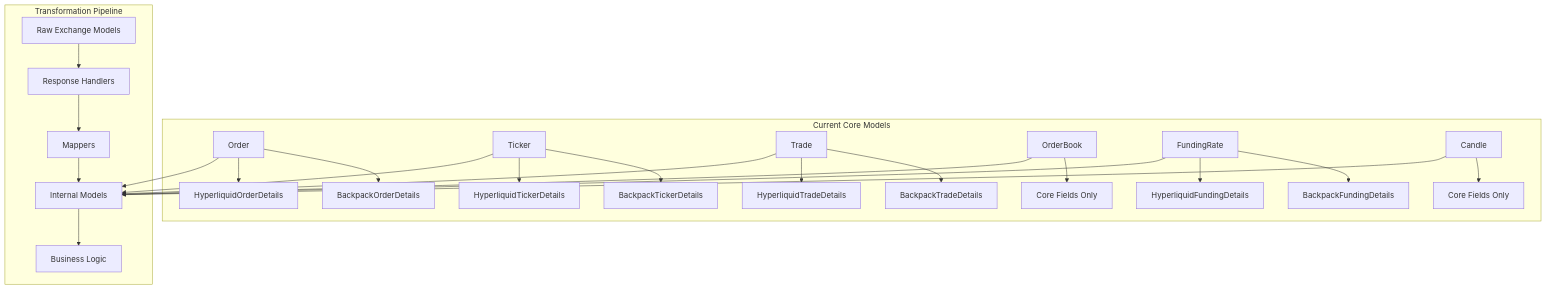
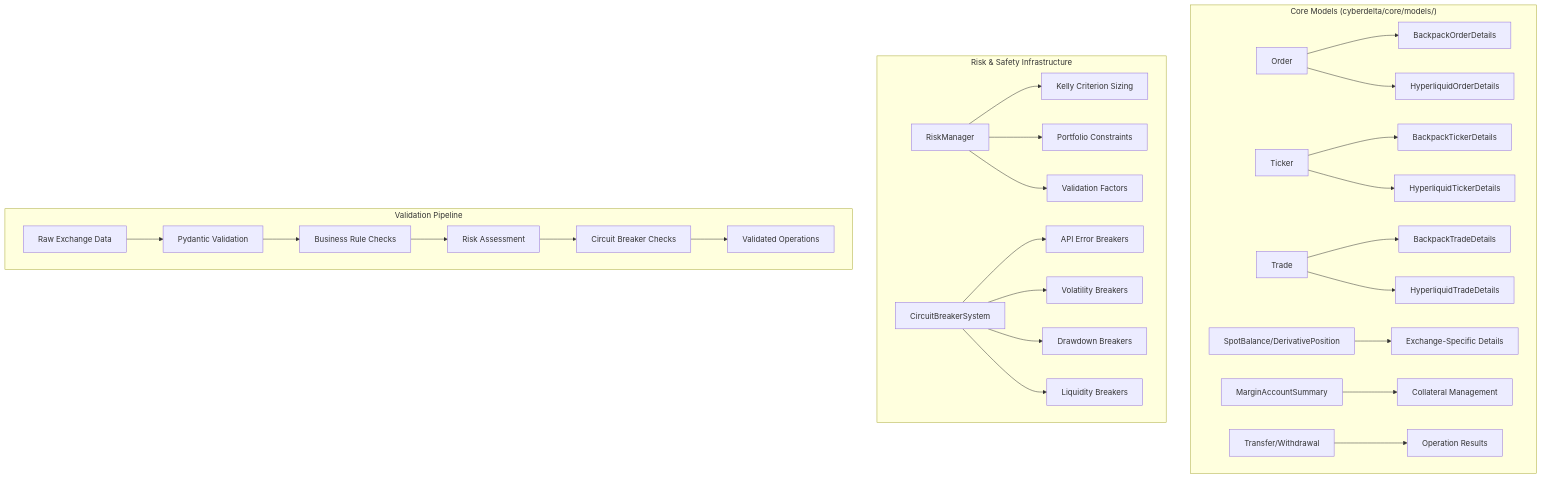
The first of 11 diagrams in workflow/business_logic/internal_models.md (plataplomo/hummingbot), drawn with Mermaid before and after one commit. The commit also changed other lines of this file and 58 other files, not shown here.

````diff
--- a/workflow/business_logic/internal_models.md
+++ b/workflow/business_logic/internal_models.md
@@ -24,29 +36,32 @@
 ```mermaid
 graph TD
-    subgraph "Current Core Models"
+    subgraph "Core Models (cyberdelta/core/models/)"
         A[Order] --> A1[BackpackOrderDetails]
         A --> A2[HyperliquidOrderDetails]
         B[Ticker] --> B1[BackpackTickerDetails]
         B --> B2[HyperliquidTickerDetails]
         C[Trade] --> C1[BackpackTradeDetails]
         C --> C2[HyperliquidTradeDetails]
-        D[OrderBook] --> D1[Core Fields Only]
-        E[FundingRate] --> E1[BackpackFundingDetails]
-        E --> E2[HyperliquidFundingDetails]
-        F[Candle] --> F1[Core Fields Only]
+        D[SpotBalance/DerivativePosition] --> D1[Exchange-Specific Details]
+        E[MarginAccountSummary] --> E1[Collateral Management]
+        F[Transfer/Withdrawal] --> F1[Operation Results]
     end
     
-    subgraph "Transformation Pipeline"
-        G[Raw Exchange Models] --> H[Response Handlers]
-        H --> I[Mappers]
-        I --> J[Internal Models]
-        J --> K[Business Logic]
+    subgraph "Risk & Safety Infrastructure"
+        G[RiskManager] --> G1[Kelly Criterion Sizing]
+        G --> G2[Portfolio Constraints]
+        G --> G3[Validation Factors]
+        H[CircuitBreakerSystem] --> H1[API Error Breakers]
+        H --> H2[Volatility Breakers]
+        H --> H3[Drawdown Breakers]
+        H --> H4[Liquidity Breakers]
     end
     
-    A --> J
-    B --> J
-    C --> J
-    D --> J
-    E --> J
-    F --> J
+    subgraph "Validation Pipeline"
+        I[Raw Exchange Data] --> J[Pydantic Validation]
+        J --> K[Business Rule Checks]
+        K --> L[Risk Assessment]
+        L --> M[Circuit Breaker Checks]
+        M --> N[Validated Operations]
+    end
 ```
````
